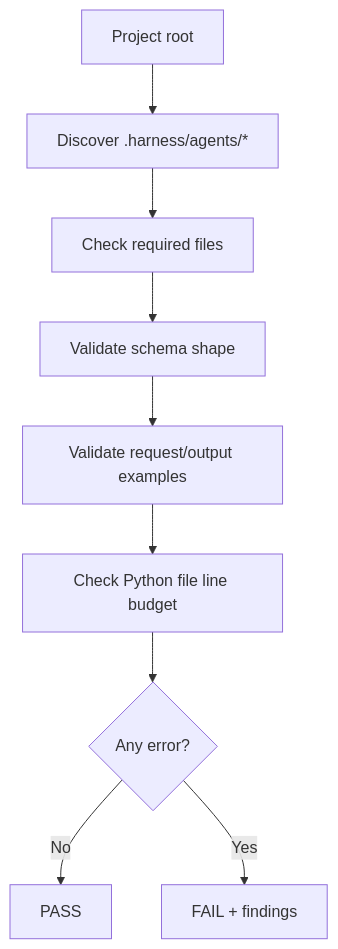
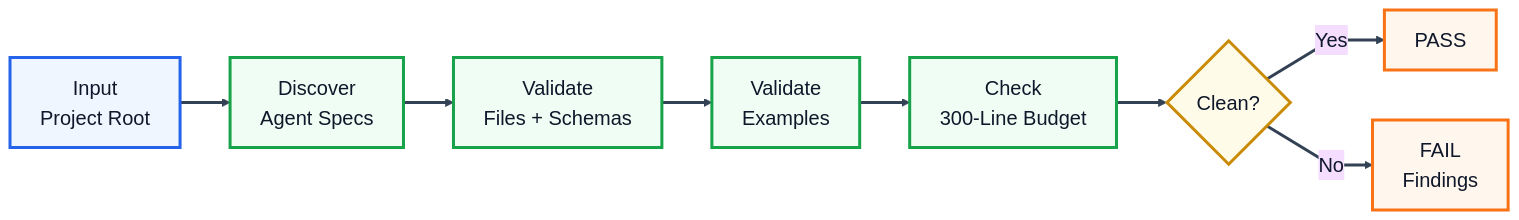
One commit to shiki-dml/My-Harness-Workflow changed the first of 3 diagrams in README.md. Above: the diagram before and after it, drawn with Mermaid. The commit also changed other lines of this file and 2 other files, not shown here.

Commit message:
Improve README architecture visuals

````diff
--- a/README.md
+++ b/README.md
@@ -109,11 +89,20 @@
 ```mermaid
-flowchart TD
-    A["Project root"] --> B["Discover .harness/agents/*"]
-    B --> C["Check required files"]
-    C --> D["Validate schema shape"]
-    D --> E["Validate request/output examples"]
-    E --> F["Check Python file line budget"]
-    F --> G{"Any error?"}
-    G -->|No| H["PASS"]
-    G -->|Yes| I["FAIL + findings"]
+%%{init: {"theme":"base","flowchart":{"curve":"linear","htmlLabels":true},"themeVariables":{"background":"#ffffff","mainBkg":"#ffffff","primaryTextColor":"#0f172a","fontSize":"20px","lineColor":"#334155"}}}%%
+flowchart LR
+    A["Input<br/>Project Root"] --> B["Discover<br/>Agent Specs"]
+    B --> C["Validate<br/>Files + Schemas"]
+    C --> D["Validate<br/>Examples"]
+    D --> E["Check<br/>300-Line Budget"]
+    E --> F{"Clean?"}
+    F -->|Yes| G["PASS"]
+    F -->|No| H["FAIL<br/>Findings"]
+    classDef source fill:#eff6ff,stroke:#2563eb,stroke-width:3px,color:#0f172a
+    classDef step fill:#f0fdf4,stroke:#16a34a,stroke-width:3px,color:#0f172a
+    classDef decision fill:#fefce8,stroke:#ca8a04,stroke-width:3px,color:#0f172a
+    classDef result fill:#fff7ed,stroke:#f97316,stroke-width:3px,color:#0f172a
+    class A source
+    class B,C,D,E step
+    class F decision
+    class G,H result
+    linkStyle default stroke:#334155,stroke-width:3px
 ```
````
